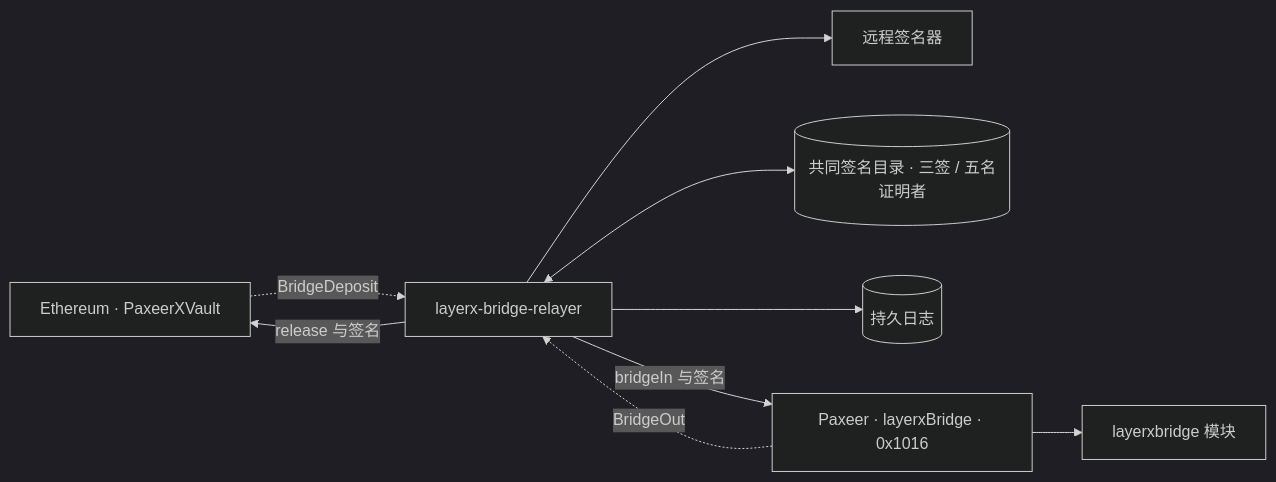
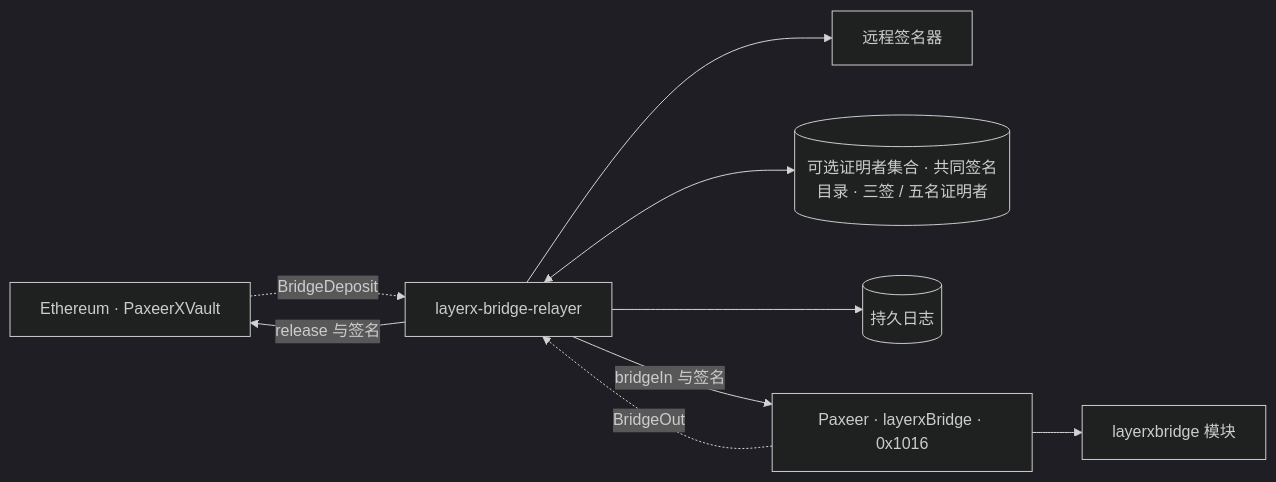
One commit to Sidiora-Labs/paxeer-monorepo changed the second of 2 diagrams in docs/readme/README.zh-CN.md. Above: the diagram before and after it, drawn with Mermaid (dark theme). The commit also changed other lines of this file and 8 other files, not shown here.

````diff
--- a/docs/readme/README.zh-CN.md
+++ b/docs/readme/README.zh-CN.md
@@ -205,19 +205,19 @@
 ```mermaid
 flowchart LR
   vault["Ethereum · PaxeerXVault"]
   relayer["layerx-bridge-relayer"]
   signer["远程签名器"]
-  cosign[("共同签名目录 · 三签 / 五名证明者")]
+  cosign[("可选证明者集合 · 共同签名目录 · 三签 / 五名证明者")]
   journal[("持久日志")]
   bridge["Paxeer · layerxBridge · 0x1016"]
   module["layerxbridge 模块"]
 
   vault -.->|"BridgeDeposit"| relayer
   relayer --> signer
   relayer <--> cosign
   relayer --> journal
   relayer -->|"bridgeIn 与签名"| bridge
   bridge --> module
   bridge -.->|"BridgeOut"| relayer
   relayer -->|"release 与签名"| vault
 ```
````
